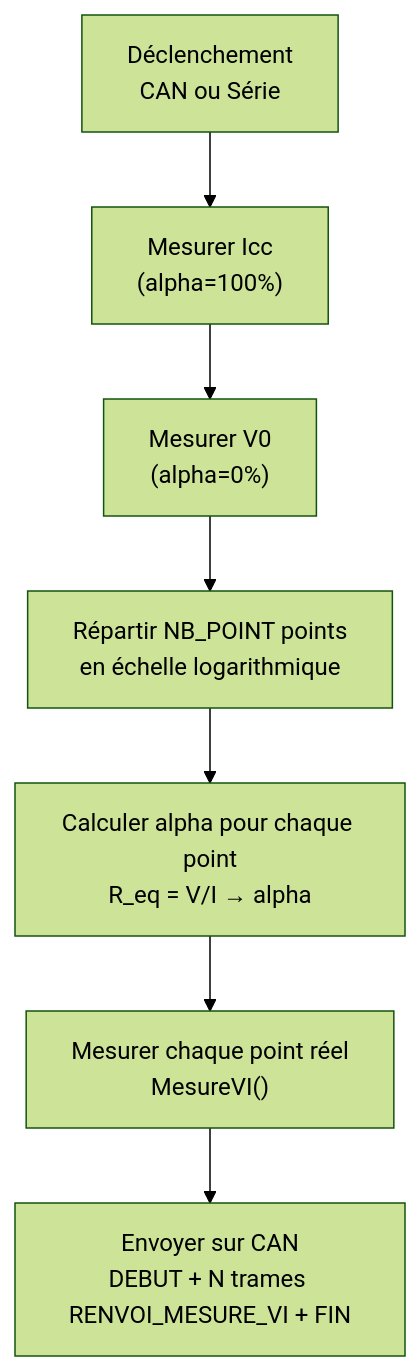
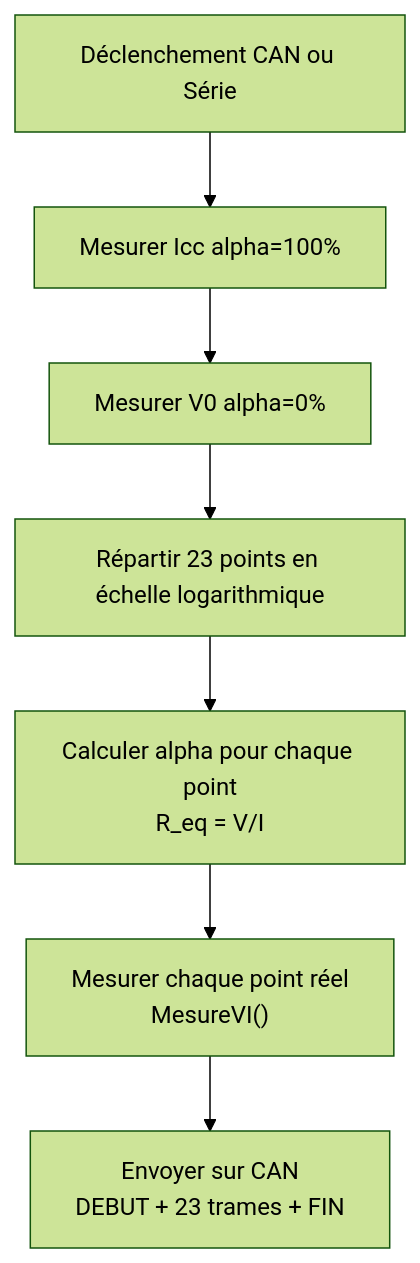
The third of 3 diagrams in README.md (baptisteB00/Projet_LAOS), drawn with Mermaid (forest theme) before and after one commit. The commit also changed other lines of this file and 180 other files, not shown here.

First line of the commit message:
correction Mermaid et tableaux : compatibilité GitHub

````diff
--- a/README.md
+++ b/README.md
@@ -139,9 +142,9 @@
 ```mermaid
 flowchart TD
-    A[Déclenchement\nCAN ou Série] --> B["Mesurer Icc\n(alpha=100%)"]
-    B --> C["Mesurer V0\n(alpha=0%)"]
-    C --> D["Répartir NB_POINT points\nen échelle logarithmique"]
-    D --> E["Calculer alpha pour chaque point\nR_eq = V/I → alpha"]
-    E --> F["Mesurer chaque point réel\nMesureVI()"]
-    F --> G["Envoyer sur CAN\nDEBUT + N trames RENVOI_MESURE_VI + FIN"]
+    A["Déclenchement CAN ou Série"] --> B["Mesurer Icc alpha=100%"]
+    B --> C["Mesurer V0 alpha=0%"]
+    C --> D["Répartir 23 points en échelle logarithmique"]
+    D --> E["Calculer alpha pour chaque point<br/>R_eq = V/I"]
+    E --> F["Mesurer chaque point réel<br/>MesureVI()"]
+    F --> G["Envoyer sur CAN<br/>DEBUT + 23 trames + FIN"]
 ```
````
